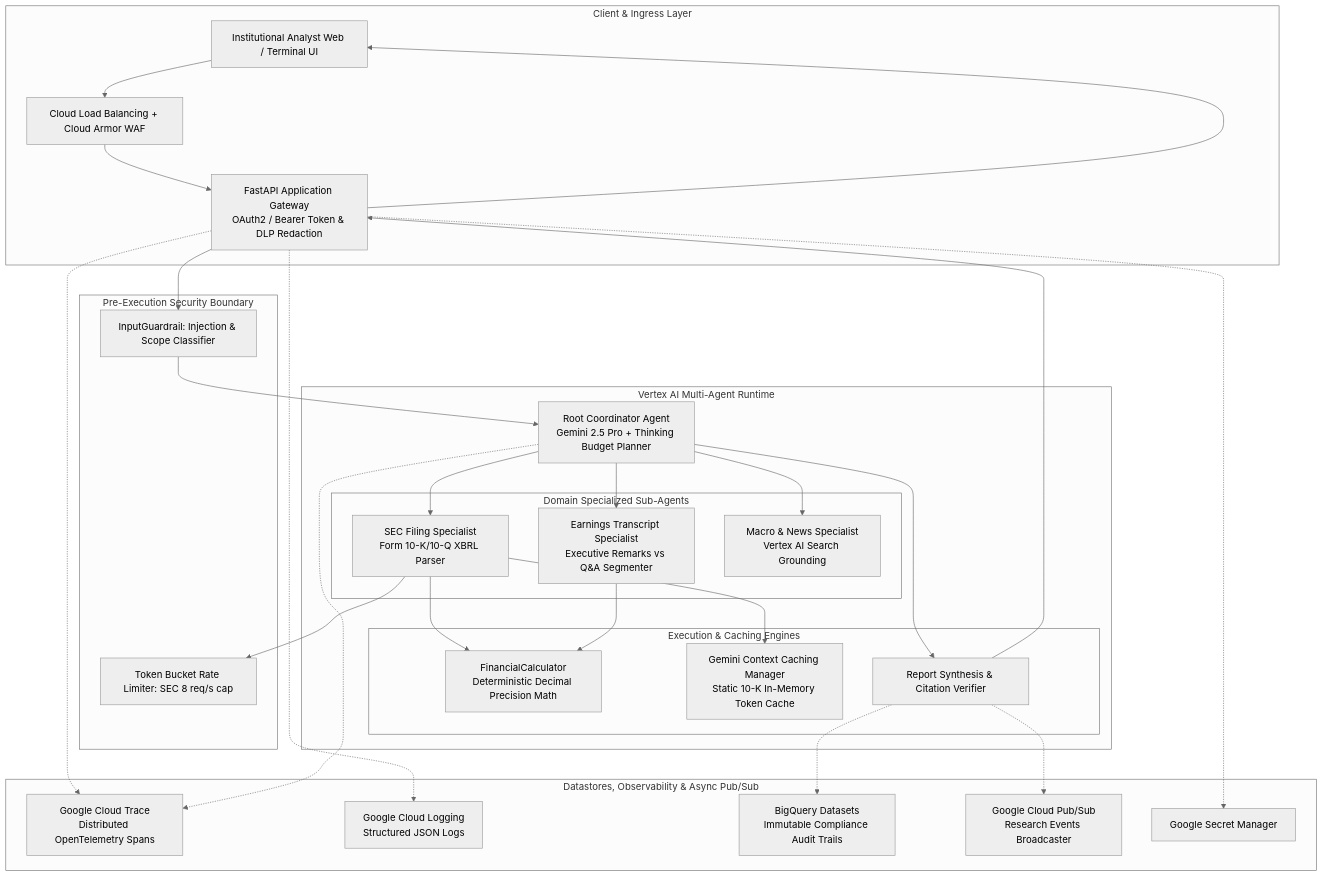
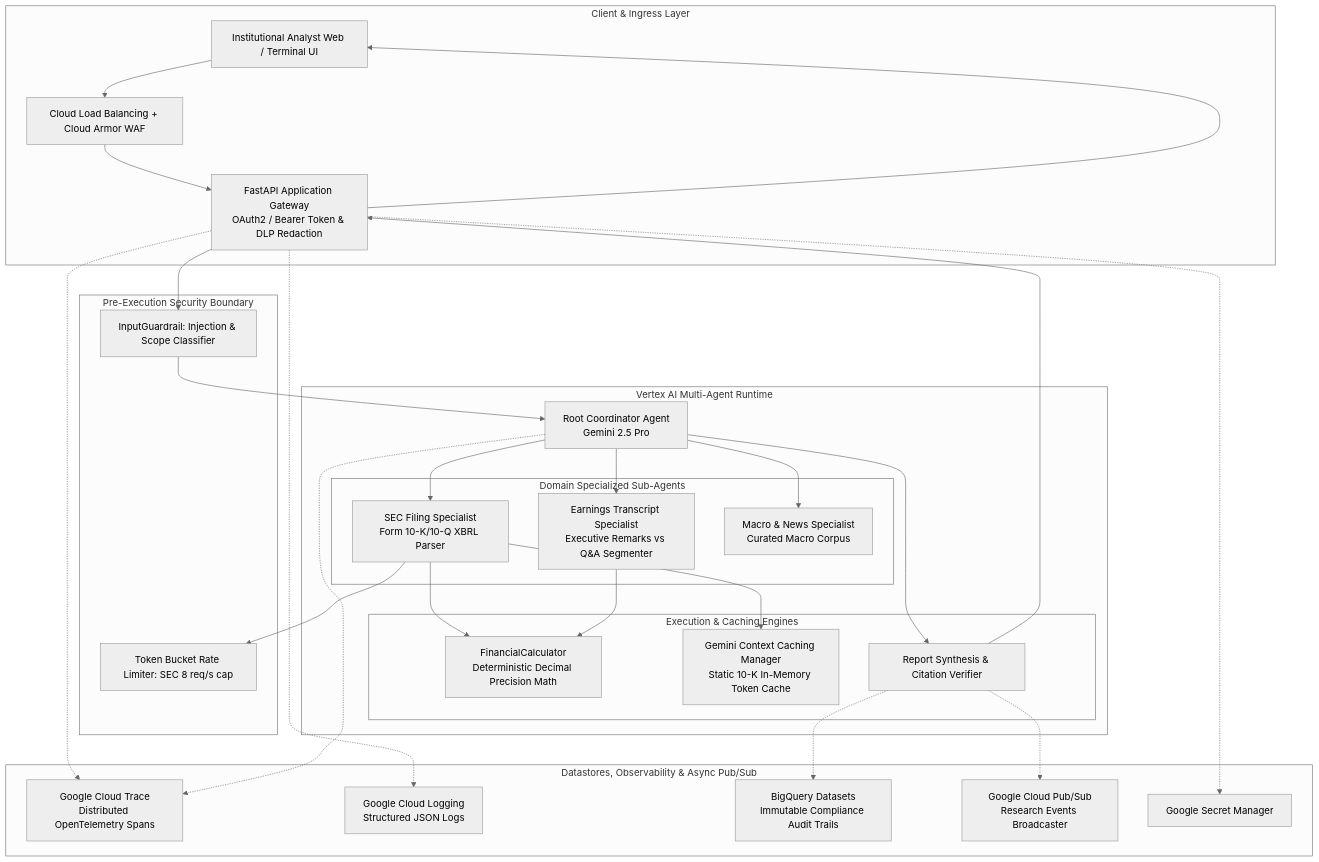
One commit to Ignotus-21/Finance-Agent---Investment-Research-Agent changed the first of 6 diagrams in docs/tdd_part1_system_architecture.md. Above: the diagram before and after it, drawn with Mermaid (neutral theme). The commit also changed other lines of this file and 27 other files, not shown here.

````diff
--- a/docs/tdd_part1_system_architecture.md
+++ b/docs/tdd_part1_system_architecture.md
@@ -17,57 +17,57 @@
 ```mermaid
 graph TB
     subgraph ClientAndIngress [Client & Ingress Layer]
         Client[Institutional Analyst Web / Terminal UI]
         LoadBalancer[Cloud Load Balancing + Cloud Armor WAF]
         FastAPIGateway[FastAPI Application Gateway<br/>OAuth2 / Bearer Token & DLP Redaction]
     end
 
     subgraph SecurityBoundary [Pre-Execution Security Boundary]
         InputGuard[InputGuardrail: Injection & Scope Classifier]
         RateLimiter[Token Bucket Rate Limiter: SEC 8 req/s cap]
     end
 
     subgraph AgentRuntime [Vertex AI Multi-Agent Runtime]
-        RootAgent[Root Coordinator Agent<br/>Gemini 2.5 Pro + Thinking Budget Planner]
+        RootAgent[Root Coordinator Agent<br/>Gemini 2.5 Pro]
 
         subgraph SpecializedAgents [Domain Specialized Sub-Agents]
             SECAgent[SEC Filing Specialist<br/>Form 10-K/10-Q XBRL Parser]
             TranscriptAgent[Earnings Transcript Specialist<br/>Executive Remarks vs Q&A Segmenter]
-            MacroAgent[Macro & News Specialist<br/>Vertex AI Search Grounding]
+            MacroAgent[Macro & News Specialist<br/>Curated Macro Corpus]
         end
 
         subgraph CoreEngines [Execution & Caching Engines]
             CalcEngine[FinancialCalculator<br/>Deterministic Decimal Precision Math]
             ContextCacheEngine[Gemini Context Caching Manager<br/>Static 10-K In-Memory Token Cache]
             SynthesisEngine[Report Synthesis & Citation Verifier]
         end
     end
 
     subgraph DatastoresAndOps [Datastores, Observability & Async Pub/Sub]
         CloudTrace[Google Cloud Trace<br/>Distributed OpenTelemetry Spans]
         CloudLogging[Google Cloud Logging<br/>Structured JSON Logs]
         BigQueryAudit[BigQuery Datasets<br/>Immutable Compliance Audit Trails]
         PubSubBroker[Google Cloud Pub/Sub<br/>Research Events Broadcaster]
         SecretManager[Google Secret Manager]
     end
 
     Client --> LoadBalancer --> FastAPIGateway
     FastAPIGateway --> InputGuard --> RootAgent
     RootAgent --> SECAgent
     RootAgent --> TranscriptAgent
     RootAgent --> MacroAgent
     SECAgent --> RateLimiter
     SECAgent --> ContextCacheEngine
     SECAgent --> CalcEngine
     TranscriptAgent --> CalcEngine
     RootAgent --> SynthesisEngine
     SynthesisEngine --> FastAPIGateway
     FastAPIGateway --> Client
 
     FastAPIGateway -.-> CloudTrace
     RootAgent -.-> CloudTrace
     FastAPIGateway -.-> CloudLogging
     SynthesisEngine -.-> BigQueryAudit
     SynthesisEngine -.-> PubSubBroker
     FastAPIGateway -.-> SecretManager
 ```
````
